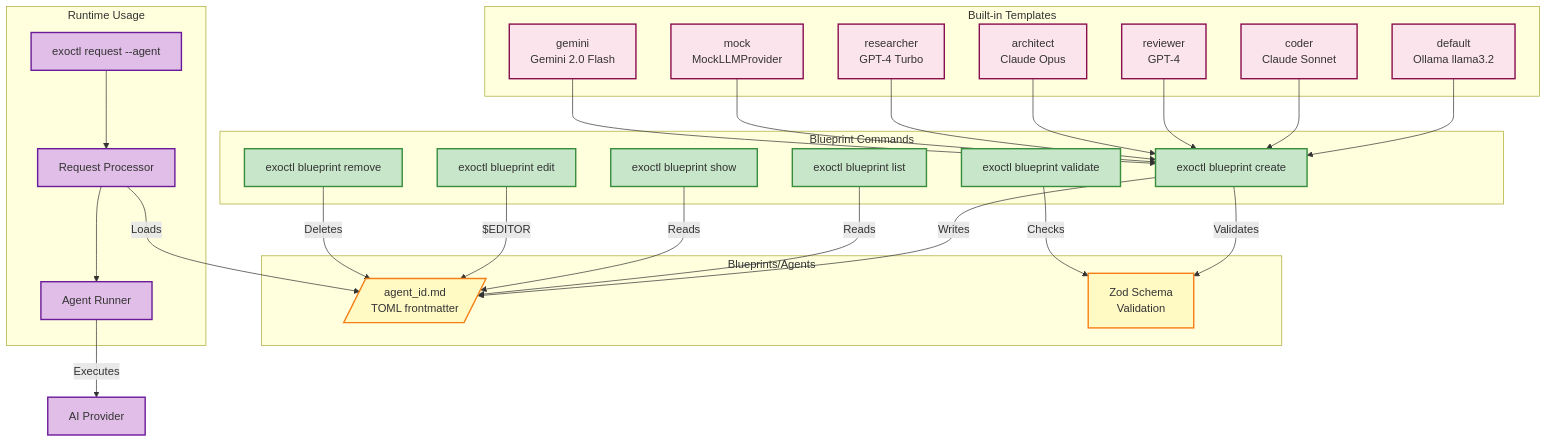
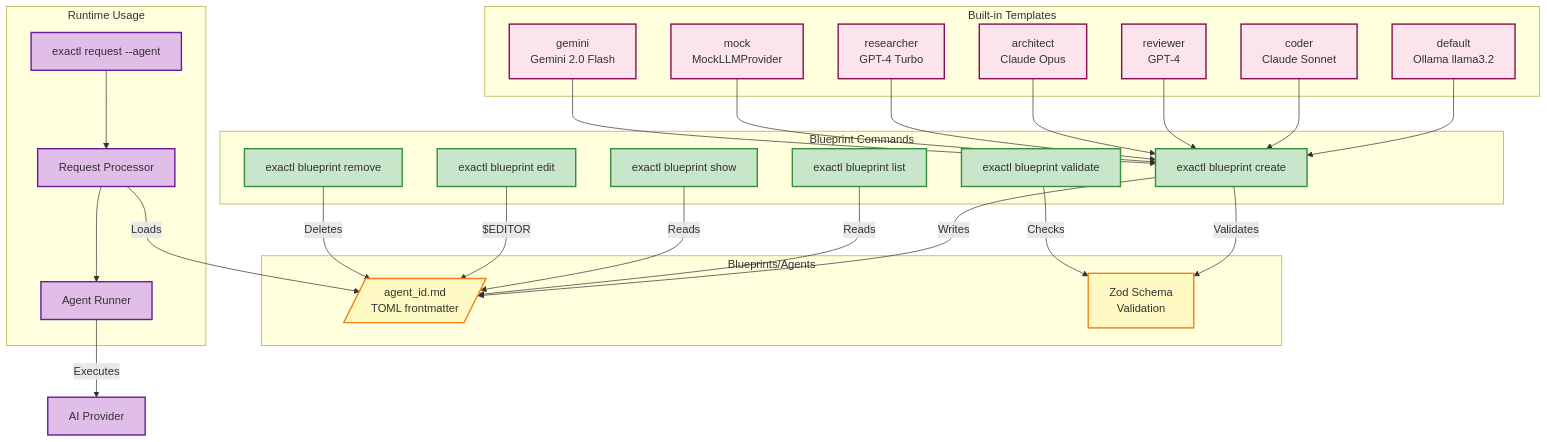
One commit to dostark/exaix-public changed diagram 13 of 17 in ARCHITECTURE.md. Above: the diagram before and after it, drawn with Mermaid. The commit also changed other lines of this file and 664 other files, not shown here.

````diff
--- a/ARCHITECTURE.md
+++ b/ARCHITECTURE.md
@@ -1601,63 +1601,63 @@
 ```mermaid
 graph TB
     subgraph Templates["Built-in Templates"]
         Def[default<br/>Ollama llama3.2]
         Coder[coder<br/>Claude Sonnet]
         Reviewer[reviewer<br/>GPT-4]
         Architect[architect<br/>Claude Opus]
         Researcher[researcher<br/>GPT-4 Turbo]
         Mock[mock<br/>MockLLMProvider]
         Gemini[gemini<br/>Gemini 2.0 Flash]
     end
 
     subgraph Storage["Blueprints/Agents"]
         Files[/agent_id.md<br/>TOML frontmatter/]
         Validation[Zod Schema<br/>Validation]
     end
 
     subgraph CLI["Blueprint Commands"]
-        Create[exoctl blueprint create]
-        List[exoctl blueprint list]
-        Show[exoctl blueprint show]
-        Validate[exoctl blueprint validate]
-        Edit[exoctl blueprint edit]
-        Remove[exoctl blueprint remove]
+        Create[exactl blueprint create]
+        List[exactl blueprint list]
+        Show[exactl blueprint show]
+        Validate[exactl blueprint validate]
+        Edit[exactl blueprint edit]
+        Remove[exactl blueprint remove]
     end
 
     subgraph Usage["Runtime Usage"]
-        Request[exoctl request --agent]
+        Request[exactl request --agent]
         Processor[Request Processor]
         Runner[Agent Runner]
     end
 
     Def --> Create
     Coder --> Create
     Reviewer --> Create
     Architect --> Create
     Researcher --> Create
     Mock --> Create
     Gemini --> Create
 
     Create -->|Validates| Validation
     Create -->|Writes| Files
     List -->|Reads| Files
     Show -->|Reads| Files
     Validate -->|Checks| Validation
     Edit -->|$EDITOR| Files
     Remove -->|Deletes| Files
 
     Request --> Processor
     Processor -->|Loads| Files
     Processor --> Runner
     Runner -->|Executes| AI[AI Provider]
 
     classDef template fill:#fce4ec,stroke:#880e4f,stroke-width:2px
     classDef storage fill:#fff9c4,stroke:#f57f17,stroke-width:2px
     classDef cli fill:#c8e6c9,stroke:#388e3c,stroke-width:2px
     classDef usage fill:#e1bee7,stroke:#6a1b9a,stroke-width:2px
 
     class Def,Coder,Reviewer,Architect,Researcher,Mock,Gemini template
     class Files,Validation storage
     class Create,List,Show,Validate,Edit,Remove cli
     class Request,Processor,Runner,AI usage
 ```
````
